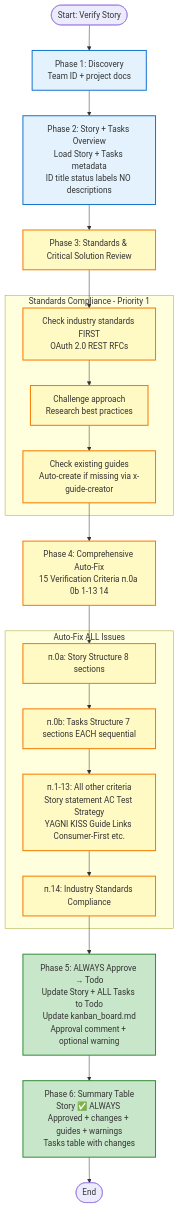
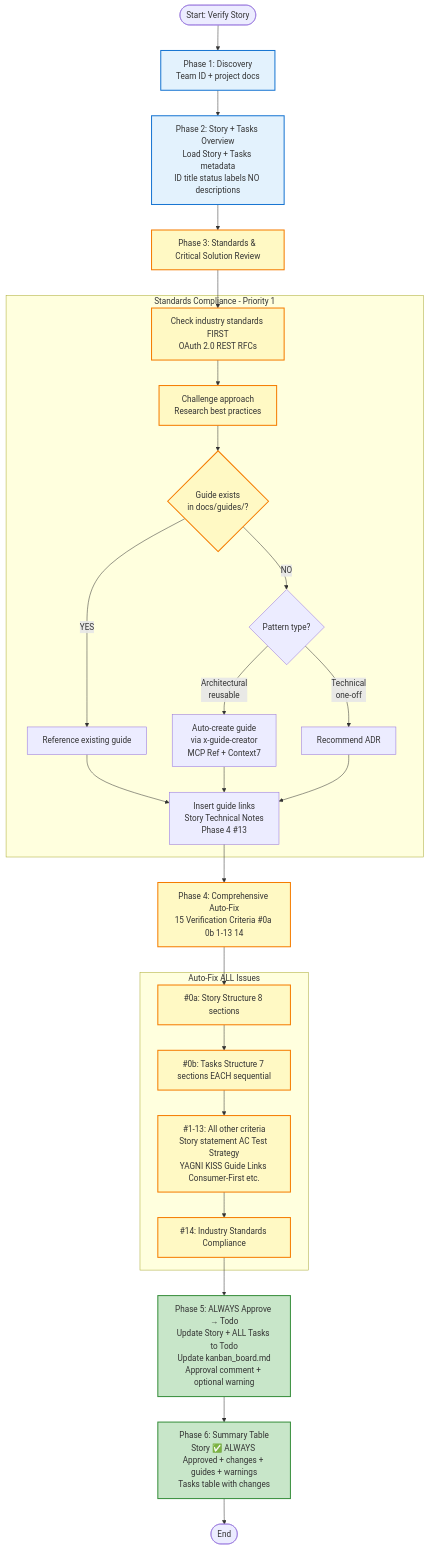
One commit to levnikolaevich/claude-code-skills changed the diagram in x-story-verifier/diagram.mmd. Above: the diagram before and after it, drawn with Mermaid. The commit also changed 24 other files, not shown here.

First line of the commit message:
Replace x-story-creator with x-story-manager

```diff
--- a/x-story-verifier/diagram.mmd
+++ b/x-story-verifier/diagram.mmd
@@ -1,46 +1,56 @@
 %% x-story-verifier: Story Verifier
 %% Auto-fix and approve Stories against industry standards
-%% Backlog → Todo (ALWAYS approve after 15 auto-fixes: п.0a 0b 1-13 14)
+%% Backlog → Todo (ALWAYS approve after 15 auto-fixes: #0a 0b 1-13 14)
 
 graph TD
     Start([Start: Verify Story]) --> Phase1[Phase 1: Discovery<br/>Team ID + project docs]
 
     Phase1 --> Phase2[Phase 2: Story + Tasks Overview<br/>Load Story + Tasks metadata<br/>ID title status labels NO descriptions]
 
     Phase2 --> Phase3[Phase 3: Standards & Critical Solution Review]
 
     subgraph Standards [Standards Compliance - Priority 1]
         S1[Check industry standards FIRST<br/>OAuth 2.0 REST RFCs]
         S1 --> S2[Challenge approach<br/>Research best practices]
-        S2 --> S3[Check existing guides<br/>Auto-create if missing via x-guide-creator]
+        S2 --> S3{Guide exists<br/>in docs/guides/?}
+
+        S3 -->|YES| S4[Reference existing guide]
+        S3 -->|NO| S5{Pattern type?}
+
+        S5 -->|Architectural<br/>reusable| S6[Auto-create guide<br/>via x-guide-creator<br/>MCP Ref + Context7]
+        S5 -->|Technical<br/>one-off| S7[Recommend ADR]
+
+        S4 --> S8[Insert guide links<br/>Story Technical Notes<br/>Phase 4 #13]
+        S6 --> S8
+        S7 --> S8
     end
 
     Phase3 --> S1
-    S3 --> Phase4
+    S8 --> Phase4
 
-    Phase4[Phase 4: Comprehensive Auto-Fix<br/>15 Verification Criteria п.0a 0b 1-13 14]
+    Phase4[Phase 4: Comprehensive Auto-Fix<br/>15 Verification Criteria #0a 0b 1-13 14]
 
     subgraph Fixes [Auto-Fix ALL Issues]
-        F1[п.0a: Story Structure 8 sections]
-        F1 --> F2[п.0b: Tasks Structure 7 sections EACH sequential]
-        F2 --> F3[п.1-13: All other criteria<br/>Story statement AC Test Strategy<br/>YAGNI KISS Guide Links Consumer-First etc.]
-        F3 --> F4[п.14: Industry Standards Compliance]
+        F1[#0a: Story Structure 8 sections]
+        F1 --> F2[#0b: Tasks Structure 7 sections EACH sequential]
+        F2 --> F3[#1-13: All other criteria<br/>Story statement AC Test Strategy<br/>YAGNI KISS Guide Links Consumer-First etc.]
+        F3 --> F4[#14: Industry Standards Compliance]
     end
 
     Phase4 --> F1
     F4 --> Phase5
 
     Phase5[Phase 5: ALWAYS Approve → Todo<br/>Update Story + ALL Tasks to Todo<br/>Update kanban_board.md<br/>Approval comment + optional warning]
 
     Phase5 --> Phase6[Phase 6: Summary Table<br/>Story ✅ ALWAYS Approved + changes + guides + warnings<br/>Tasks table with changes]
 
     Phase6 --> End([End])
 
     %% Styling
     classDef discovery fill:#E3F2FD,stroke:#1976D2,stroke-width:2px
     classDef processing fill:#FFF9C4,stroke:#F57C00,stroke-width:2px
     classDef action fill:#C8E6C9,stroke:#388E3C,stroke-width:2px
 
     class Phase1,Phase2 discovery
     class Phase3,S1,S2,S3,Phase4,F1,F2,F3,F4 processing
     class Phase5,Phase6 action
```
